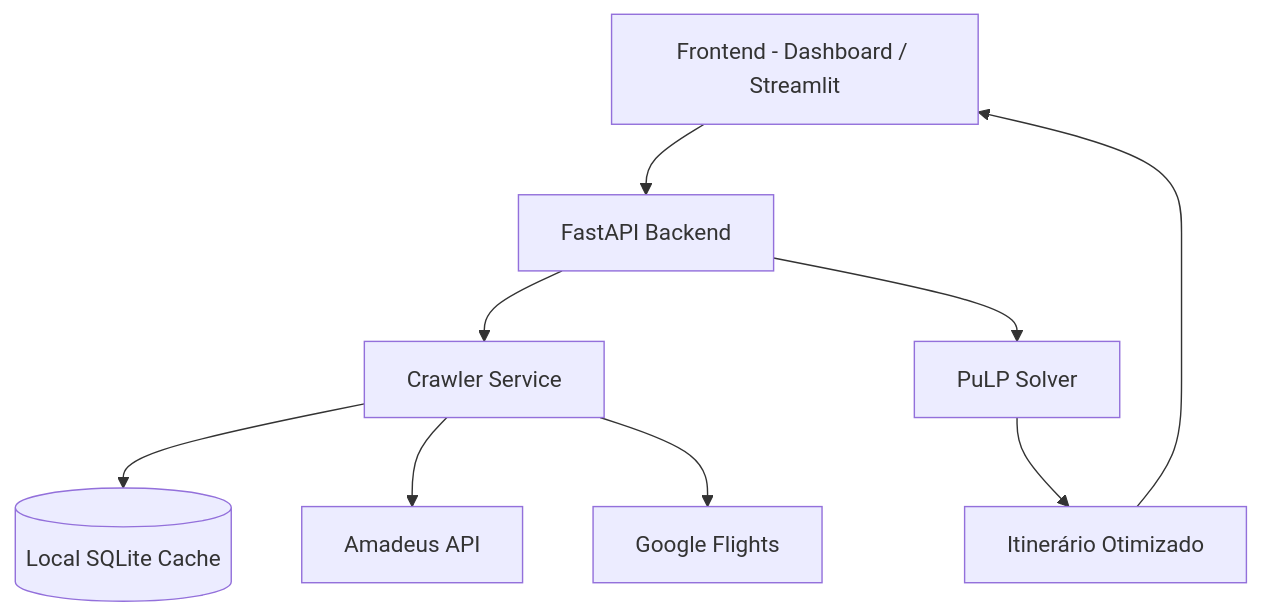
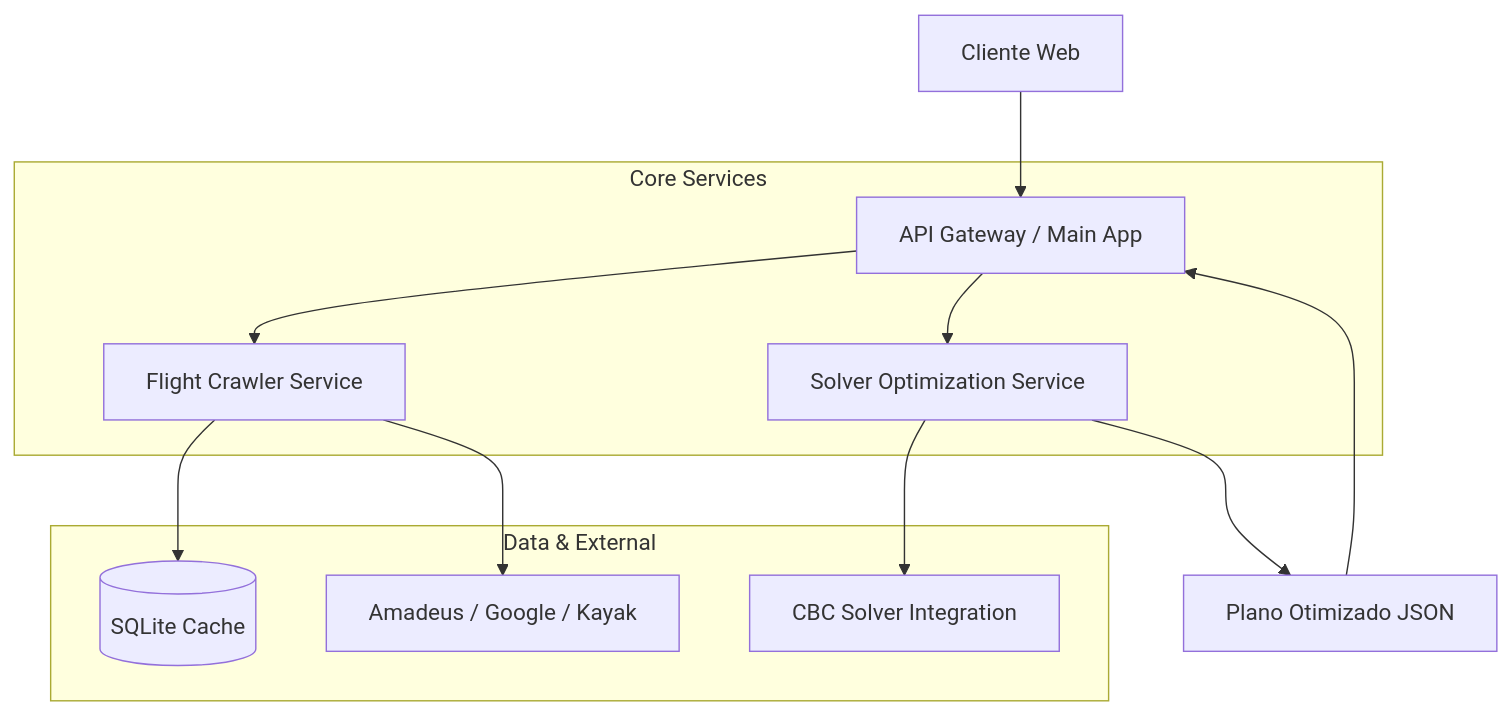
One commit to Fabioaugustmp/optiway changed the diagram in README.md. Above: the diagram before and after it, drawn with Mermaid. The commit also changed other lines of this file, not shown here.

````diff
--- a/README.md
+++ b/README.md
@@ -52,11 +49,18 @@
 ```mermaid
 graph TD
-    UI[Frontend - Dashboard / Streamlit] --> API[FastAPI Backend]
-    API --> CRAWLER[Crawler Service]
-    CRAWLER --> CACHE[(Local SQLite Cache)]
-    CRAWLER --> AMADEUS[Amadeus API]
-    CRAWLER --> GOOGLE[Google Flights]
-    API --> SOLVER[PuLP Solver]
-    SOLVER --> RESULT[Itinerário Otimizado]
-    RESULT --> UI
+    User[Cliente Web] --> Gateway[API Gateway / Main App]
+    
+    subgraph Core Services
+        Gateway --> CrawlerService[Flight Crawler Service]
+        Gateway --> SolverService[Solver Optimization Service]
+    end
+    
+    subgraph Data & External
+        CrawlerService --> Cache[(SQLite Cache)]
+        CrawlerService --> ExternalAPIs[Amadeus / Google / Kayak]
+        SolverService --> MathEngine[CBC Solver Integration]
+    end
+    
+    SolverService --> Result[Plano Otimizado JSON]
+    Result --> Gateway
 ```
````
